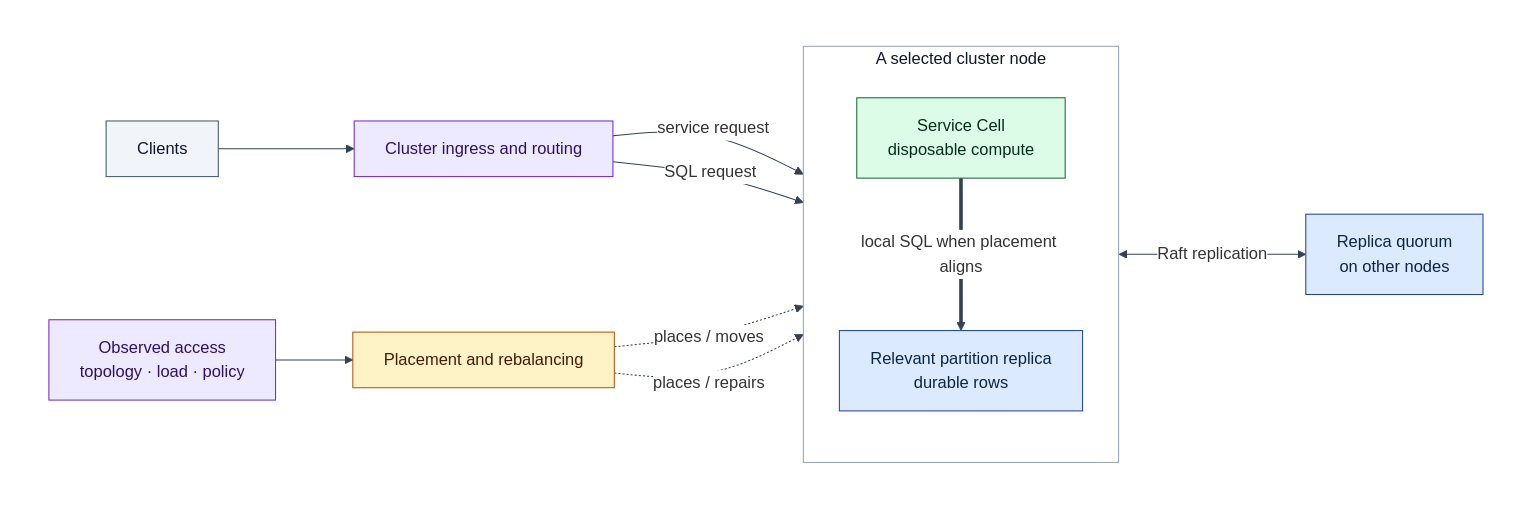
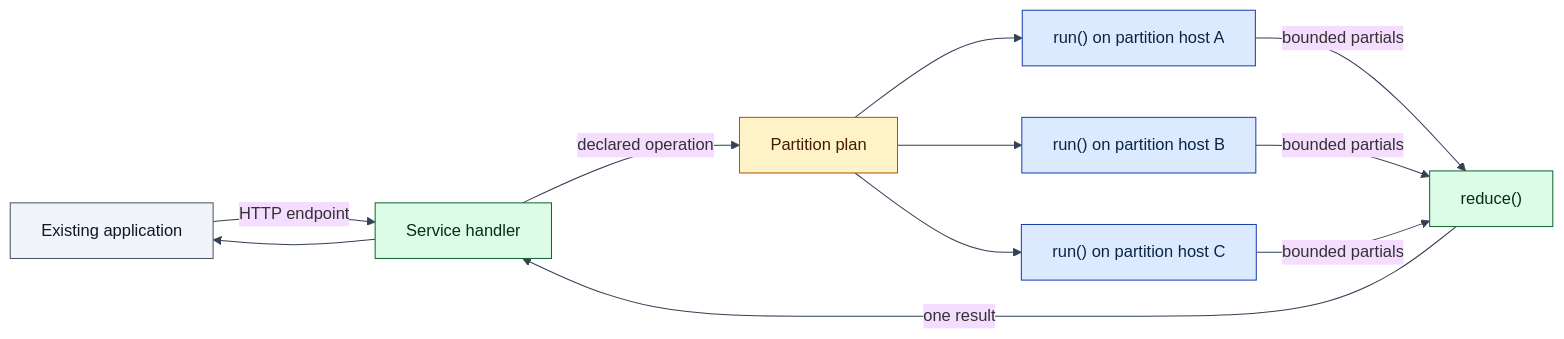
Before and after one commit to psvensson/lagrange: the diagram in architecture/INDEX.md, drawn with Mermaid. The commit also changed other lines of this file and 24 other files, not shown here.

````diff
--- a/architecture/INDEX.md
+++ b/architecture/INDEX.md
@@ -30,31 +8,17 @@
 ```mermaid
-%%{init: {'theme':'base','darkMode':false,'themeVariables':{'background':'#ffffff','clusterBkg':'#ffffff','clusterBorder':'#94a3b8','edgeLabelBackground':'#ffffff','lineColor':'#334155','textColor':'#0f172a'}}}%%
+%%{init: {'theme':'base','darkMode':false,'themeVariables':{'background':'#ffffff','lineColor':'#334155','textColor':'#0f172a'}}}%%
 flowchart LR
-  subgraph CANVAS[" "]
-    direction LR
-    CLIENT["Clients"]:::ext --> ROUTE["Cluster ingress and routing"]:::move
+  APP["Existing application"]:::ext -->|"HTTP endpoint"| H["Service handler"]:::svc
+  H -->|"declared operation"| PLAN["Partition plan"]:::ctrl
+  PLAN --> A["run() on partition host A"]:::data
+  PLAN --> B["run() on partition host B"]:::data
+  PLAN --> C["run() on partition host C"]:::data
+  A & B & C -->|"bounded partials"| R["reduce()"]:::svc
+  R -->|"one result"| H
+  H --> APP
 
-    subgraph NODE["A selected cluster node"]
-      direction TB
-      CELL["Service Cell<br/>disposable compute"]:::svc
-      REPLICA["Relevant partition replica<br/>durable rows"]:::data
-      CELL ==>|"local SQL when placement aligns"| REPLICA
-    end
-
-    ROUTE -->|"service request"| CELL
-    ROUTE -->|"SQL request"| REPLICA
-    REPLICA <-->|"Raft replication"| PEERS["Replica quorum<br/>on other nodes"]:::data
-
-    EVIDENCE["Observed access<br/>topology · load · policy"]:::move --> PLACE["Placement and rebalancing"]:::ctrl
-    PLACE -. "places / moves" .-> CELL
-    PLACE -. "places / repairs" .-> REPLICA
-  end
-
-  style CANVAS fill:#ffffff,stroke:#ffffff,color:#0f172a
-  style NODE fill:#ffffff,stroke:#94a3b8,color:#0f172a
   classDef data fill:#dbeafe,stroke:#1e40af,color:#0b2545
   classDef svc fill:#dcfce7,stroke:#166534,color:#052e16
   classDef ctrl fill:#fef3c7,stroke:#b45309,color:#451a03
-  classDef move fill:#ede9fe,stroke:#6d28d9,color:#2e1065
   classDef ext fill:#f1f5f9,stroke:#475569,color:#0f172a
 ```
````
